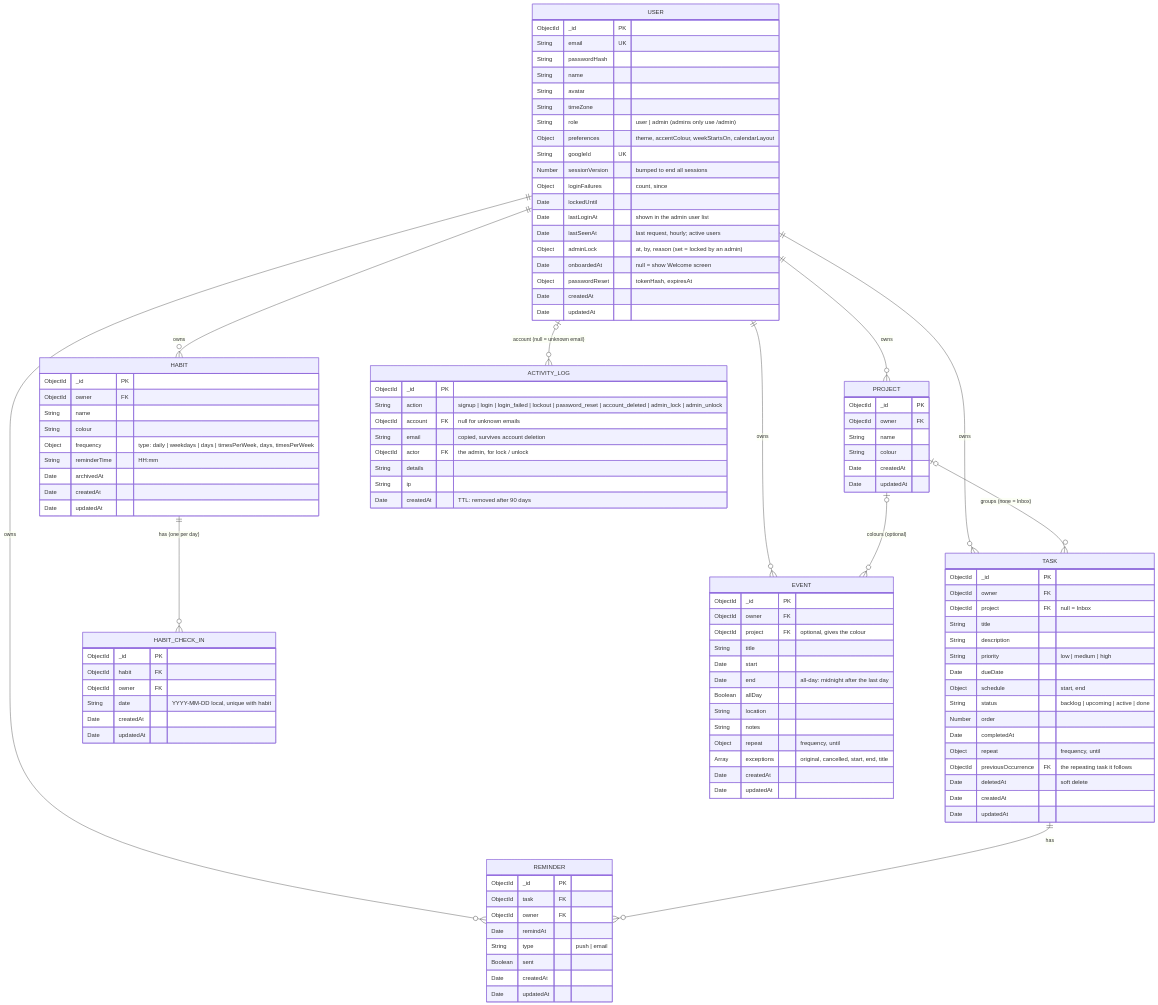
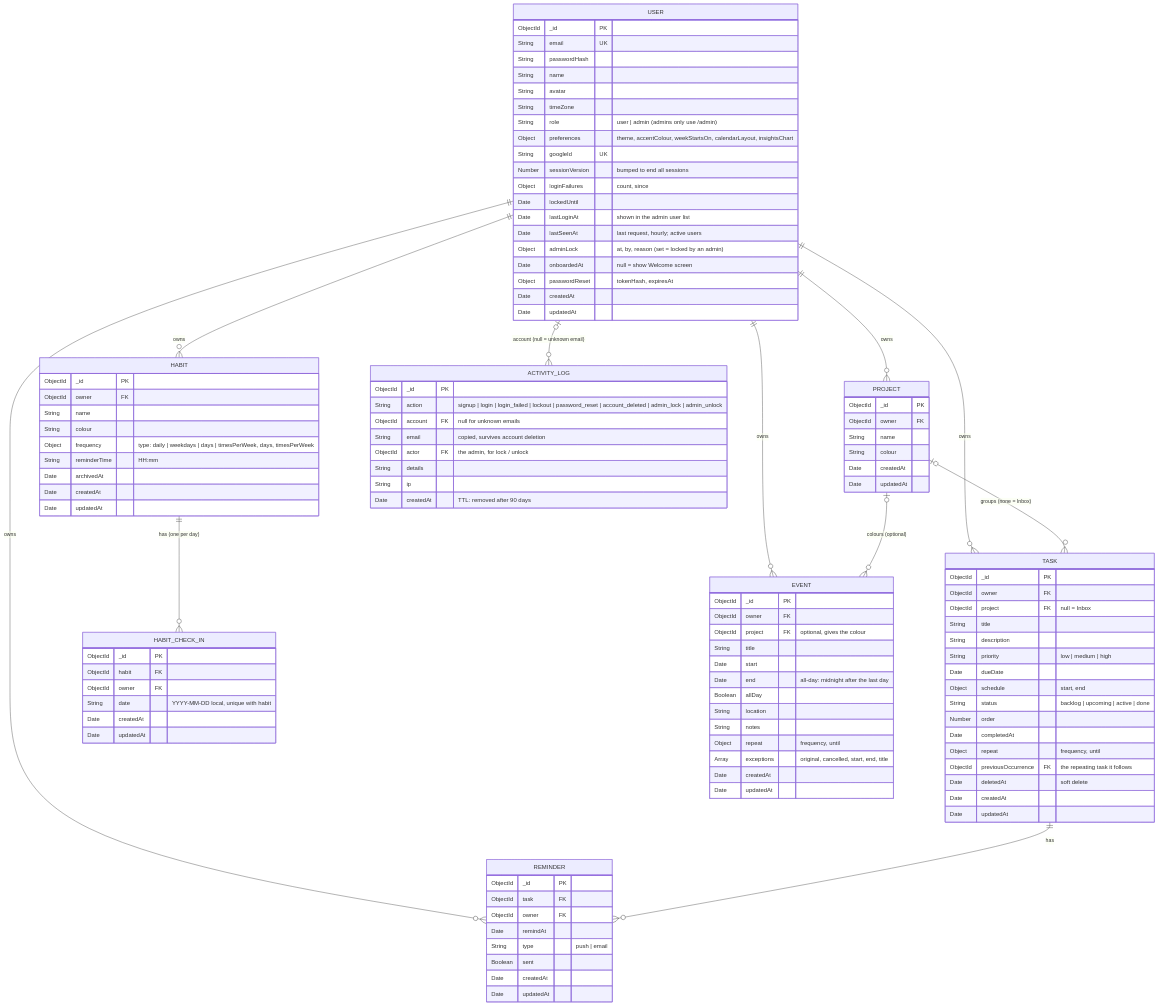
The diagram in docs/erd.mmd (khang-ngo4444/VCD_Agendal), drawn with Mermaid before and after one commit. The commit also changed 7 other files, not shown here.

First line of the commit message:
Switch the 30-day chart between bars and lines Card: Productivity trend chart (Figma W14 v2)

```diff
--- a/docs/erd.mmd
+++ b/docs/erd.mmd
@@ -1,115 +1,115 @@
 %% Source for docs/erd.png. Re-render after editing:
 %% npx -y @mermaid-js/mermaid-cli -i docs/erd.mmd -o docs/erd.png -b white -s 2
 erDiagram
     USER ||--o{ PROJECT : owns
     USER ||--o{ TASK : owns
     USER ||--o{ REMINDER : owns
     PROJECT |o--o{ TASK : "groups (none = Inbox)"
     TASK ||--o{ REMINDER : has
     USER ||--o{ HABIT : owns
     HABIT ||--o{ HABIT_CHECK_IN : "has (one per day)"
     USER |o--o{ ACTIVITY_LOG : "account (null = unknown email)"
     USER ||--o{ EVENT : owns
     PROJECT |o--o{ EVENT : "colours (optional)"
 
     USER {
         ObjectId _id PK
         String email UK
         String passwordHash
         String name
         String avatar
         String timeZone
         String role "user | admin (admins only use /admin)"
-        Object preferences "theme, accentColour, weekStartsOn, calendarLayout"
+        Object preferences "theme, accentColour, weekStartsOn, calendarLayout, insightsChart"
         String googleId UK
         Number sessionVersion "bumped to end all sessions"
         Object loginFailures "count, since"
         Date lockedUntil
         Date lastLoginAt "shown in the admin user list"
         Date lastSeenAt "last request, hourly; active users"
         Object adminLock "at, by, reason (set = locked by an admin)"
         Date onboardedAt "null = show Welcome screen"
         Object passwordReset "tokenHash, expiresAt"
         Date createdAt
         Date updatedAt
     }
     PROJECT {
         ObjectId _id PK
         ObjectId owner FK
         String name
         String colour
         Date createdAt
         Date updatedAt
     }
     TASK {
         ObjectId _id PK
         ObjectId owner FK
         ObjectId project FK "null = Inbox"
         String title
         String description
         String priority "low | medium | high"
         Date dueDate
         Object schedule "start, end"
         String status "backlog | upcoming | active | done"
         Number order
         Date completedAt
         Object repeat "frequency, until"
         ObjectId previousOccurrence FK "the repeating task it follows"
         Date deletedAt "soft delete"
         Date createdAt
         Date updatedAt
     }
     REMINDER {
         ObjectId _id PK
         ObjectId task FK
         ObjectId owner FK
         Date remindAt
         String type "push | email"
         Boolean sent
         Date createdAt
         Date updatedAt
     }
     HABIT {
         ObjectId _id PK
         ObjectId owner FK
         String name
         String colour
         Object frequency "type: daily | weekdays | days | timesPerWeek, days, timesPerWeek"
         String reminderTime "HH:mm"
         Date archivedAt
         Date createdAt
         Date updatedAt
     }
     HABIT_CHECK_IN {
         ObjectId _id PK
         ObjectId habit FK
         ObjectId owner FK
         String date "YYYY-MM-DD local, unique with habit"
         Date createdAt
         Date updatedAt
     }
     EVENT {
         ObjectId _id PK
         ObjectId owner FK
         ObjectId project FK "optional, gives the colour"
         String title
         Date start
         Date end "all-day: midnight after the last day"
         Boolean allDay
         String location
         String notes
         Object repeat "frequency, until"
         Array exceptions "original, cancelled, start, end, title"
         Date createdAt
         Date updatedAt
     }
     ACTIVITY_LOG {
         ObjectId _id PK
         String action "signup | login | login_failed | lockout | password_reset | account_deleted | admin_lock | admin_unlock"
         ObjectId account FK "null for unknown emails"
         String email "copied, survives account deletion"
         ObjectId actor FK "the admin, for lock / unlock"
         String details
         String ip
         Date createdAt "TTL: removed after 90 days"
     }
```
